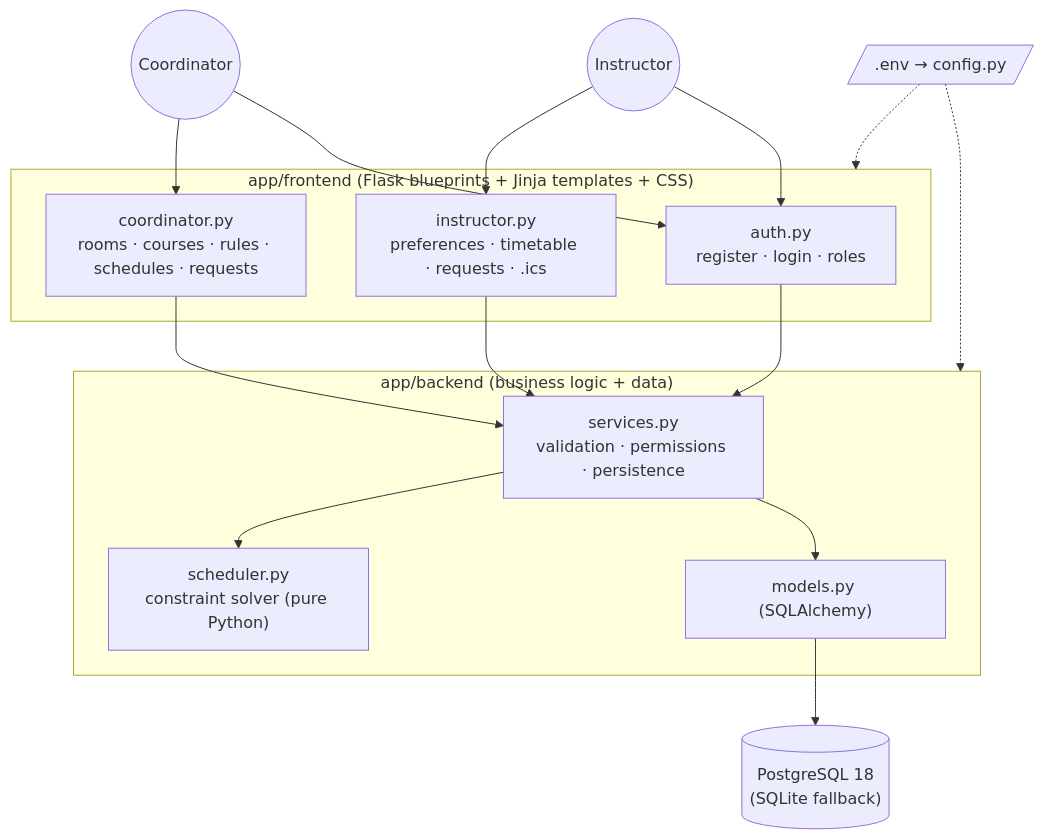
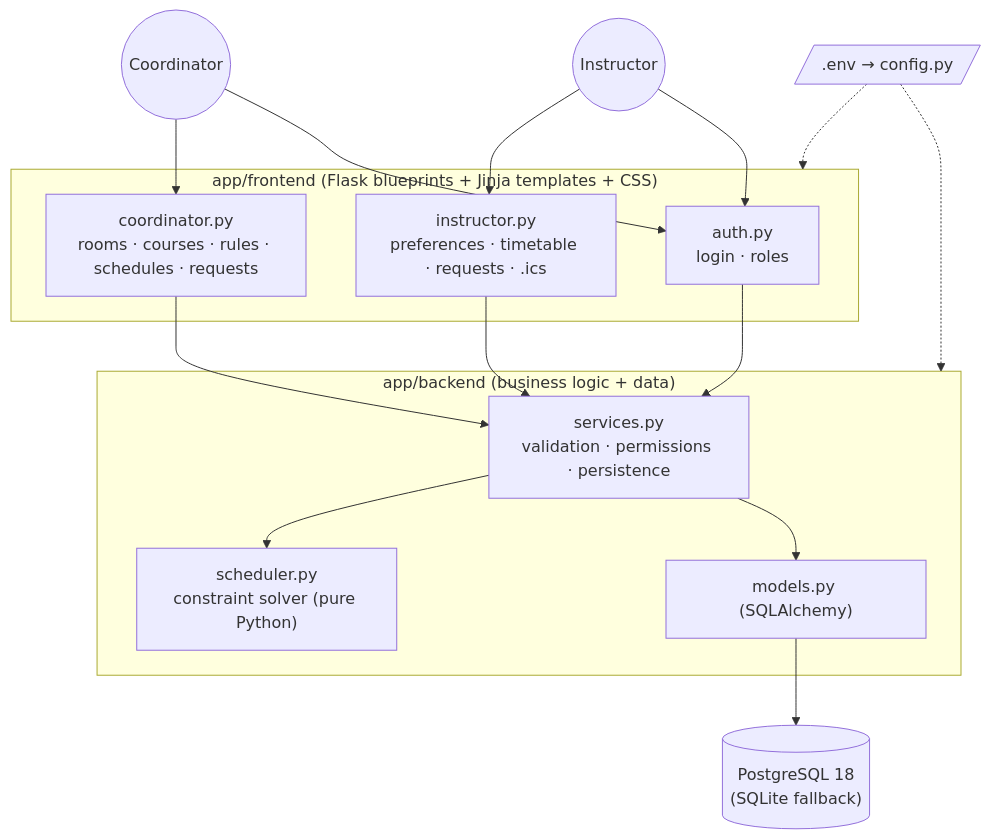
One commit to maruthi0/smart-scheduler changed the first of 6 diagrams in docs/design.md. Above: the diagram before and after it, drawn with Mermaid. The commit also changed other lines of this file and 48 other files, not shown here.

````diff
--- a/docs/design.md
+++ b/docs/design.md
@@ -14,26 +14,26 @@
 ```mermaid
 flowchart TB
     subgraph Frontend["app/frontend (Flask blueprints + Jinja templates + CSS)"]
-        AUTH["auth.py<br/>register · login · roles"]
+        AUTH["auth.py<br/>login · roles"]
         COORD["coordinator.py<br/>rooms · courses · rules · schedules · requests"]
         INST["instructor.py<br/>preferences · timetable · requests · .ics"]
     end
     subgraph Backend["app/backend (business logic + data)"]
         SVC["services.py<br/>validation · permissions · persistence"]
         ALG["scheduler.py<br/>constraint solver (pure Python)"]
         ORM["models.py (SQLAlchemy)"]
     end
     DB[("PostgreSQL 18<br/>(SQLite fallback)")]
     ENV[/".env → config.py"/]
     Coordinator((Coordinator)) --> COORD
     Instructor((Instructor)) --> INST
     Coordinator --> AUTH
     Instructor --> AUTH
     AUTH --> SVC
     COORD --> SVC
     INST --> SVC
     SVC --> ALG
     SVC --> ORM --> DB
     ENV -.-> Frontend
     ENV -.-> Backend
 ```
````
